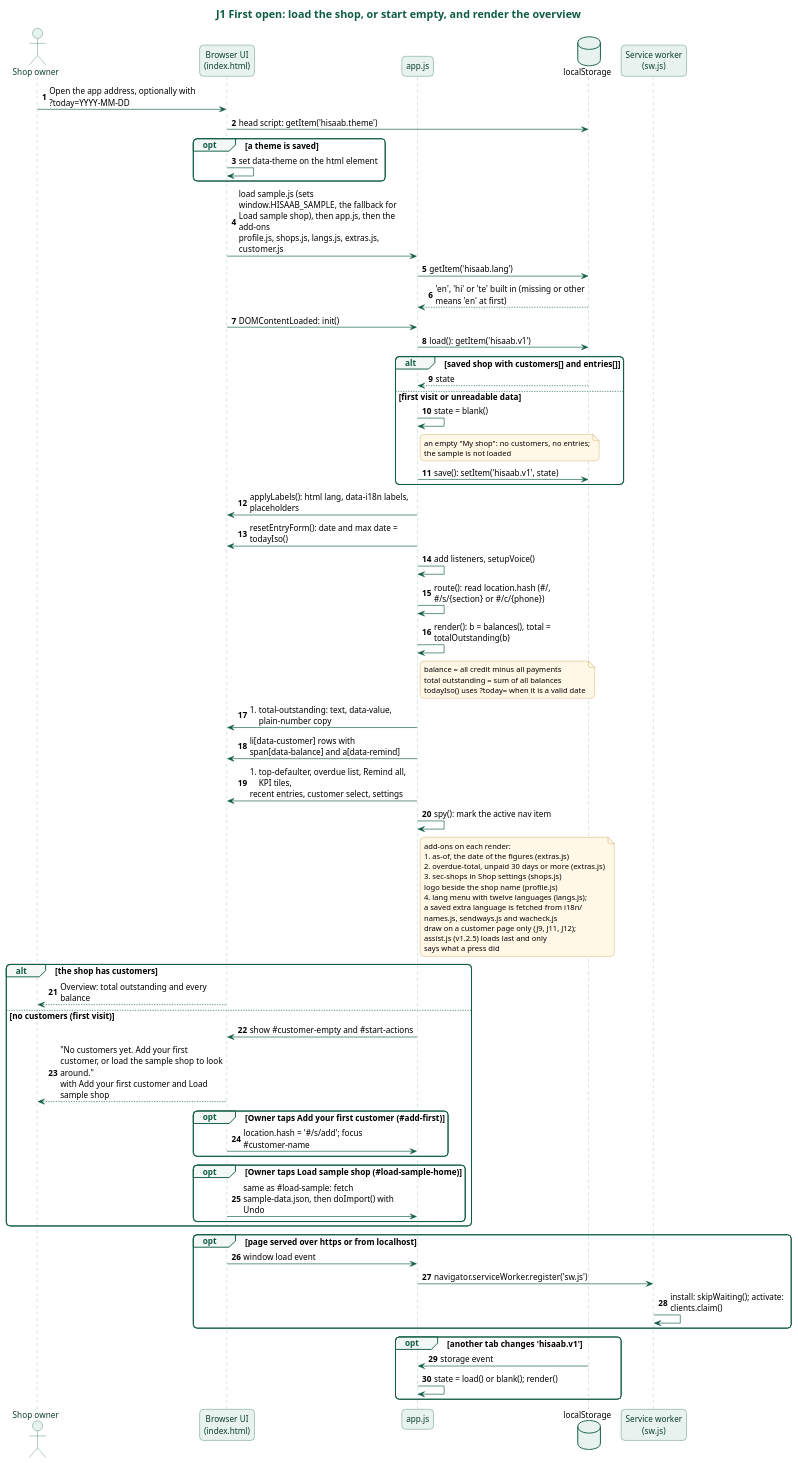
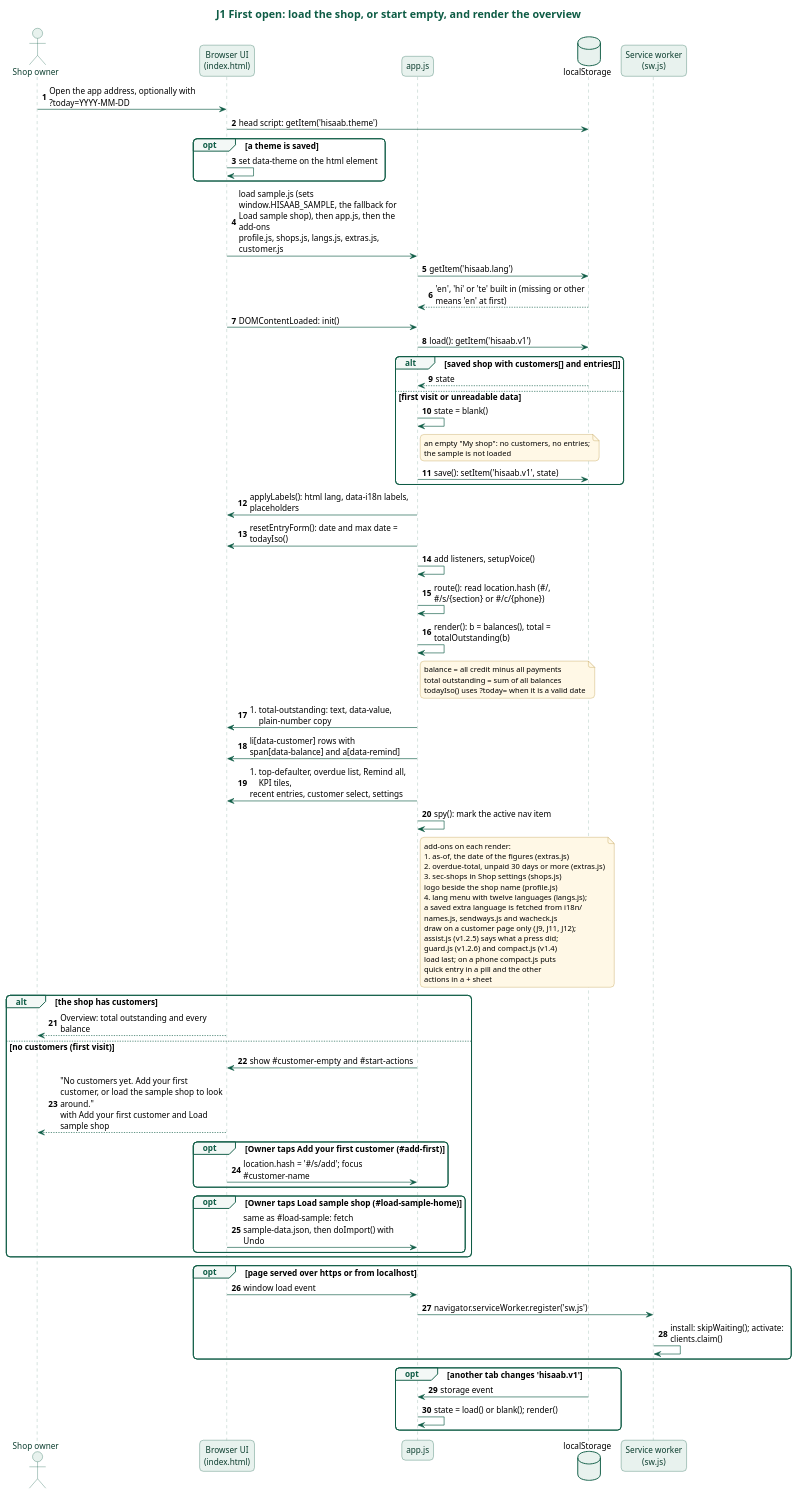
Before and after one commit to karwasanjay007/hisaab-docs: the diagram in docs/diagrams/j1-first-open.puml, drawn with PlantUML. The commit also changed 31 other files, not shown here.

Commit message:
Version 1.4.0.0: documents brought up to the live version (guard, brand with no green, whole rupees, the phone layout); evidence

```diff
--- a/docs/diagrams/j1-first-open.puml
+++ b/docs/diagrams/j1-first-open.puml
@@ -1,111 +1,114 @@
 @startuml j1-first-open
 title J1 First open: load the shop, or start empty, and render the overview
 skinparam backgroundColor white
 skinparam defaultFontName "Noto Sans"
 skinparam defaultFontSize 13
 skinparam roundCorner 12
 skinparam shadowing false
 skinparam maxMessageSize 260
 skinparam titleFontSize 17
 skinparam titleFontColor #0E5C45
 skinparam sequenceMessageAlign left
 skinparam responseMessageBelowArrow true
 skinparam sequence {
   ArrowColor #0E5C45
   LifeLineBorderColor #7FA89A
   LifeLineBackgroundColor #E8F2EE
   ParticipantBorderColor #0E5C45
   ParticipantBackgroundColor #E8F2EE
   ParticipantFontColor #0B3D2E
   ActorBorderColor #0E5C45
   ActorBackgroundColor #E8F2EE
   ActorFontColor #0B3D2E
   GroupBorderColor #0E5C45
   GroupHeaderFontColor #0E5C45
   GroupBackgroundColor #F3F8F6
   DividerBorderColor #0E5C45
   DividerBackgroundColor #E8F2EE
   DividerFontColor #0B3D2E
   BoxBorderColor #0E5C45
 }
 skinparam database {
   BorderColor #0E5C45
   BackgroundColor #E8F2EE
 }
 skinparam note {
   BorderColor #B08A2E
   BackgroundColor #FFF8E6
   FontSize 12
 }
 actor "Shop owner" as Owner
 participant "Browser UI\n(index.html)" as UI
 participant "app.js" as App
 database "localStorage" as LS
 participant "Service worker\n(sw.js)" as SW
 autonumber
 Owner -> UI : Open the app address, optionally with ?today=YYYY-MM-DD
 UI -> LS : head script: getItem('hisaab.theme')
 opt a theme is saved
   UI -> UI : set data-theme on the html element
 end
 UI -> App : load sample.js (sets window.HISAAB_SAMPLE, the fallback for Load sample shop), then app.js, then the add-ons\nprofile.js, shops.js, langs.js, extras.js, customer.js
 App -> LS : getItem('hisaab.lang')
 LS --> App : 'en', 'hi' or 'te' built in (missing or other means 'en' at first)
 UI -> App : DOMContentLoaded: init()
 App -> LS : load(): getItem('hisaab.v1')
 alt saved shop with customers[] and entries[]
   LS --> App : state
 else first visit or unreadable data
   App -> App : state = blank()
   note right of App : an empty "My shop": no customers, no entries;\nthe sample is not loaded
   App -> LS : save(): setItem('hisaab.v1', state)
 end
 App -> UI : applyLabels(): html lang, data-i18n labels, placeholders
 App -> UI : resetEntryForm(): date and max date = todayIso()
 App -> App : add listeners, setupVoice()
 App -> App : route(): read location.hash (#/, #/s/{section} or #/c/{phone})
 App -> App : render(): b = balances(), total = totalOutstanding(b)
 note right of App
   balance = all credit minus all payments
   total outstanding = sum of all balances
   todayIso() uses ?today= when it is a valid date
 end note
 App -> UI : #total-outstanding: text, data-value, plain-number copy
 App -> UI : li[data-customer] rows with span[data-balance] and a[data-remind]
 App -> UI : #top-defaulter, overdue list, Remind all, KPI tiles,\nrecent entries, customer select, settings
 App -> App : spy(): mark the active nav item
 note right of App
   add-ons on each render:
   #as-of, the date of the figures (extras.js)
   #overdue-total, unpaid 30 days or more (extras.js)
   #sec-shops in Shop settings (shops.js)
   logo beside the shop name (profile.js)
   #lang menu with twelve languages (langs.js);
   a saved extra language is fetched from i18n/
   names.js, sendways.js and wacheck.js
   draw on a customer page only (J9, J11, J12);
-  assist.js (v1.2.5) loads last and only
-  says what a press did
+  assist.js (v1.2.5) says what a press did;
+  guard.js (v1.2.6) and compact.js (v1.4)
+  load last; on a phone compact.js puts
+  quick entry in a pill and the other
+  actions in a + sheet
 end note
 alt the shop has customers
   UI --> Owner : Overview: total outstanding and every balance
 else no customers (first visit)
   App -> UI : show #customer-empty and #start-actions
   UI --> Owner : "No customers yet. Add your first customer, or load the sample shop to look around."\nwith Add your first customer and Load sample shop
   opt Owner taps Add your first customer (#add-first)
     UI -> App : location.hash = '#/s/add'; focus #customer-name
   end
   opt Owner taps Load sample shop (#load-sample-home)
     UI -> App : same as #load-sample: fetch sample-data.json, then doImport() with Undo
   end
 end
 opt page served over https or from localhost
   UI -> App : window load event
   App -> SW : navigator.serviceWorker.register('sw.js')
   SW -> SW : install: skipWaiting(); activate: clients.claim()
 end
 opt another tab changes 'hisaab.v1'
   LS -> App : storage event
   App -> App : state = load() or blank(); render()
 end
 @enduml
```
